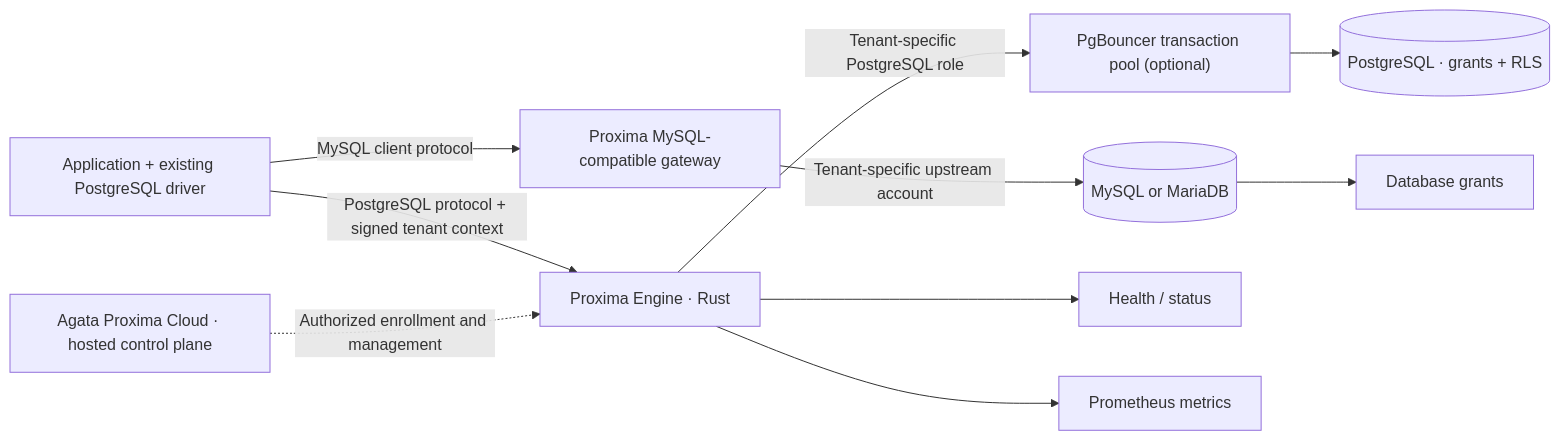
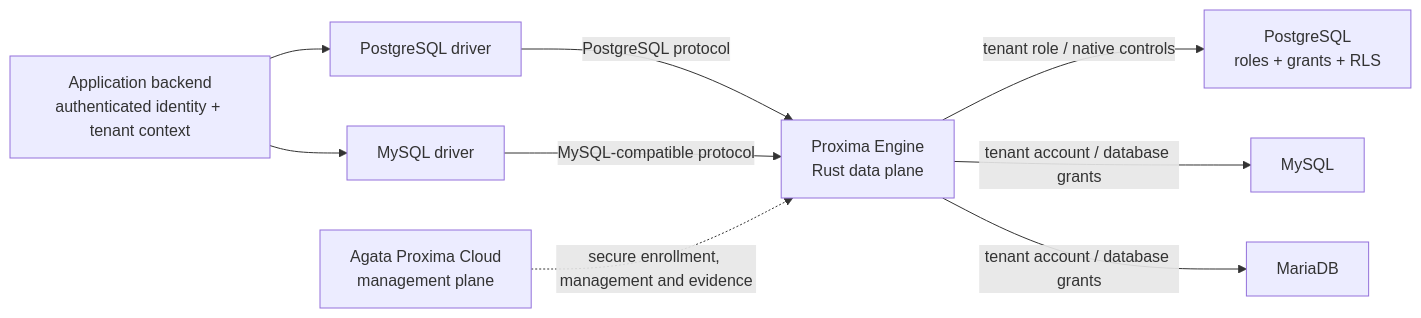
One commit to Proxima-Engine/proxima-engine changed the diagram in README.md. Above: the diagram before and after it, drawn with Mermaid. The commit also changed other lines of this file, not shown here.

Commit message:
Rebuild README as a complete multi-database platform guide

````diff
--- a/README.md
+++ b/README.md
@@ -67,12 +42,17 @@
 ```mermaid
 flowchart LR
-  App["Application + existing PostgreSQL driver"] -->|"PostgreSQL protocol + signed tenant context"| Engine["Proxima Engine · Rust"]
-  Engine -->|"Tenant-specific PostgreSQL role"| Pool["PgBouncer transaction pool (optional)"]
-  Pool --> PG[("PostgreSQL · grants + RLS")]
-  App -->|"MySQL client protocol"| MySQLGateway["Proxima MySQL-compatible gateway"]
-  MySQLGateway -->|"Tenant-specific upstream account"| MySQL[("MySQL or MariaDB")]
-  MySQL --> Privileges["Database grants"]
-  Engine --> Health["Health / status"]
-  Engine --> Metrics["Prometheus metrics"]
-  Cloud["Agata Proxima Cloud · hosted control plane"] -.->|"Authorized enrollment and management"| Engine
+  App["Application backend<br/>authenticated identity + tenant context"]
+  PGDriver["PostgreSQL driver"]
+  MyDriver["MySQL driver"]
+  Engine["Proxima Engine<br/>Rust data plane"]
+  PG["PostgreSQL<br/>roles + grants + RLS"]
+  MySQL["MySQL"]
+  Maria["MariaDB"]
+  Cloud["Agata Proxima Cloud<br/>management plane"]
+  App --> PGDriver -->|"PostgreSQL protocol"| Engine
+  App --> MyDriver -->|"MySQL-compatible protocol"| Engine
+  Engine -->|"tenant role / native controls"| PG
+  Engine -->|"tenant account / database grants"| MySQL
+  Engine -->|"tenant account / database grants"| Maria
+  Cloud -.->|"secure enrollment, management and evidence"| Engine
 ```
````
